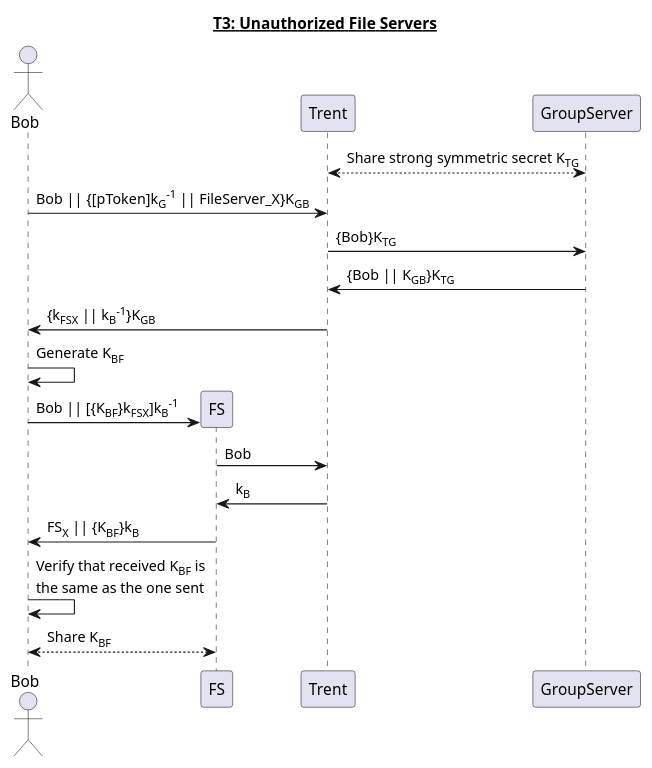
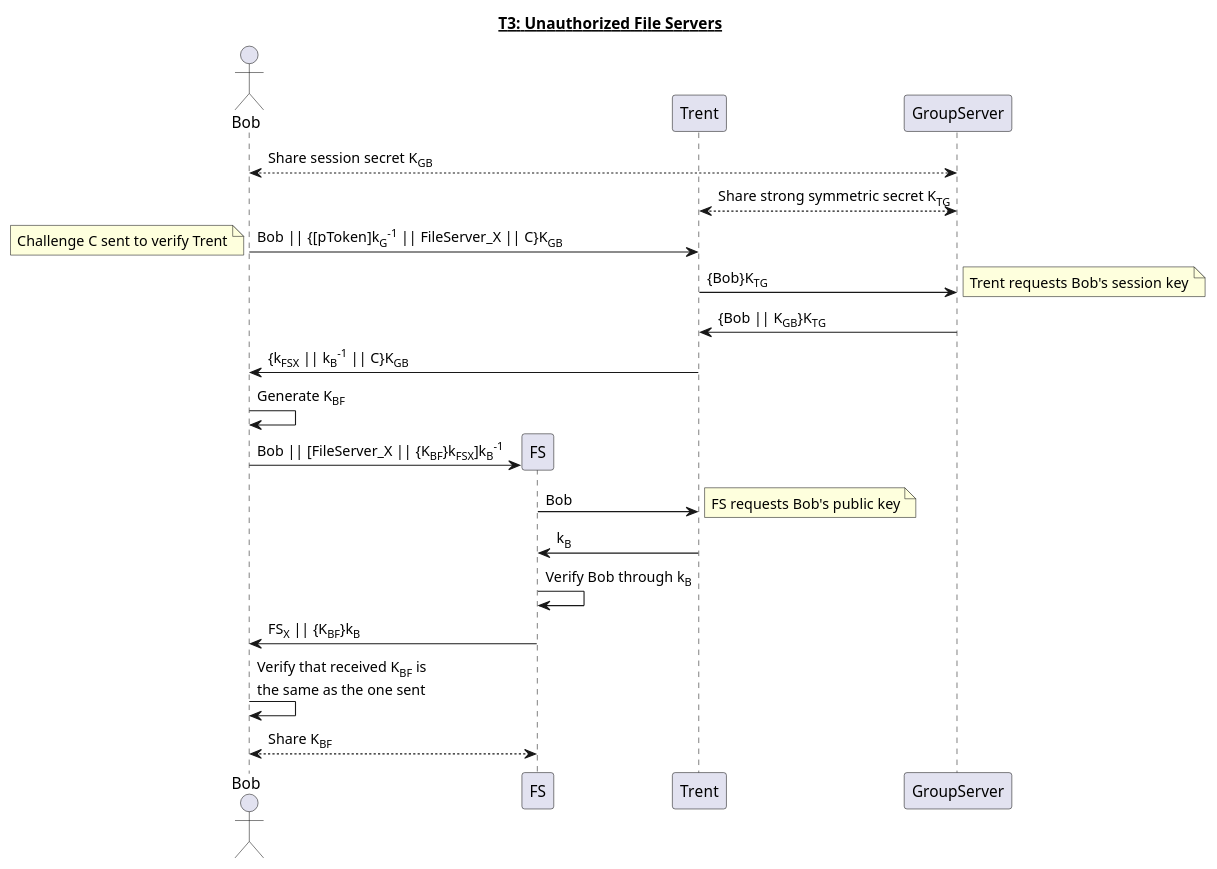
Before and after one commit to jondyer/cs1653-2017fa-jbd29-mar257-zds14: the diagram in reports/img/T3.puml, drawn with PlantUML. The commit also changed 3 other files, not shown here.

Commit message:
Added notes to diagrams

```diff
--- a/reports/img/T3.puml
+++ b/reports/img/T3.puml
@@ -1,23 +1,30 @@
 @startuml
 title __T3: Unauthorized File Servers__
 actor Bob
 participant FS
 participant Trent
 participant GroupServer
 
+Bob <--> GroupServer: Share session secret K<sub>GB</sub>
 GroupServer <--> Trent: Share strong symmetric secret K<sub>TG</sub>
-Bob -> Trent: Bob || {[pToken]k<sub>G</sub><sup>-1</sup> || FileServer_X}K<sub>GB</sub>
+Bob -> Trent: Bob || {[pToken]k<sub>G</sub><sup>-1</sup> || FileServer_X || C}K<sub>GB</sub>
+note left: Challenge C sent to verify Trent
+
 Trent -> GroupServer: {Bob}K<sub>TG</sub>
+note right: Trent requests Bob's session key
 GroupServer -> Trent: {Bob || K<sub>GB</sub>}K<sub>TG</sub>
-Trent -> Bob: {k<sub>FSX</sub> || k<sub>B</sub><sup>-1</sup>}K<sub>GB</sub>
+Trent -> Bob: {k<sub>FSX</sub> || k<sub>B</sub><sup>-1</sup> || C}K<sub>GB</sub>
 
 Bob -> Bob: Generate K<sub>BF</sub>
 create FS
-Bob -> FS: Bob || [{K<sub>BF</sub>}k<sub>FSX</sub>]k<sub>B</sub><sup>-1</sup>
+Bob -> FS: Bob || [FileServer_X || {K<sub>BF</sub>}k<sub>FSX</sub>]k<sub>B</sub><sup>-1</sup>
 FS -> Trent: Bob
+note right: FS requests Bob's public key
 Trent -> FS: k<sub>B</sub>
+
+FS -> FS: Verify Bob through k<sub>B</sub>
 FS -> Bob: FS<sub>X</sub> || {K<sub>BF</sub>}k<sub>B</sub>
 Bob -> Bob: Verify that received K<sub>BF</sub> is \nthe same as the one sent
 
 Bob <--> FS: Share K<sub>BF</sub>
 @enduml
```
